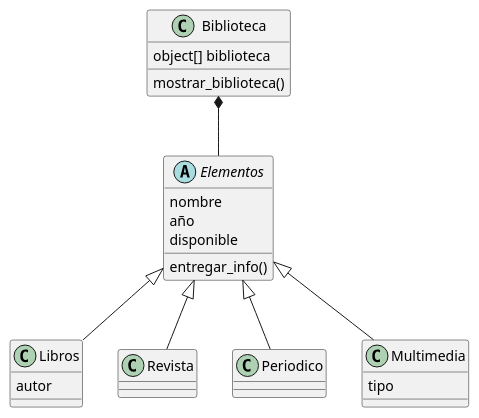
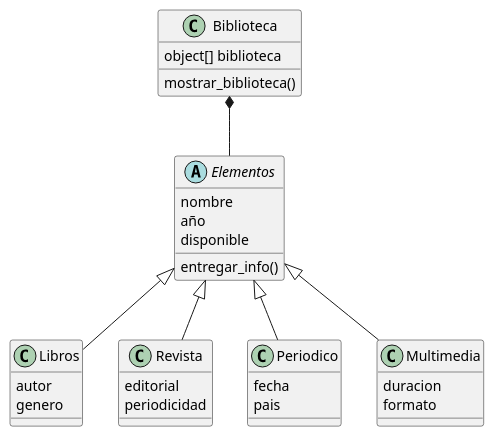
One commit to FyAguilar/Recuperacion-Repaso changed the diagram in libreria.plantuml. Above: the diagram before and after it, drawn with PlantUML. The commit also changed 1 other file, not shown here.

Commit message:
Actualizacion diagrama de clases

```diff
--- a/libreria.plantuml
+++ b/libreria.plantuml
@@ -1,42 +1,45 @@
 @startuml
 
 class Biblioteca{
     object[] biblioteca
     mostrar_biblioteca()
     
 }
 
 abstract class Elementos{
     nombre
     año
     disponible
     entregar_info()
 }
 
 class Libros{
     autor
+    genero
     
 }
 
 class Revista{
-    
+    editorial
+    periodicidad
 }
 
 class Periodico{
-    
+    fecha
+    pais
 }
 
 class Multimedia{
-    tipo
-
+    duracion
+    formato
 }
 
 
 
 Elementos <|-- Libros
 Elementos <|-- Revista
 Elementos <|-- Periodico
 Elementos <|-- Multimedia
 Biblioteca *-- Elementos
 
 @enduml
```
